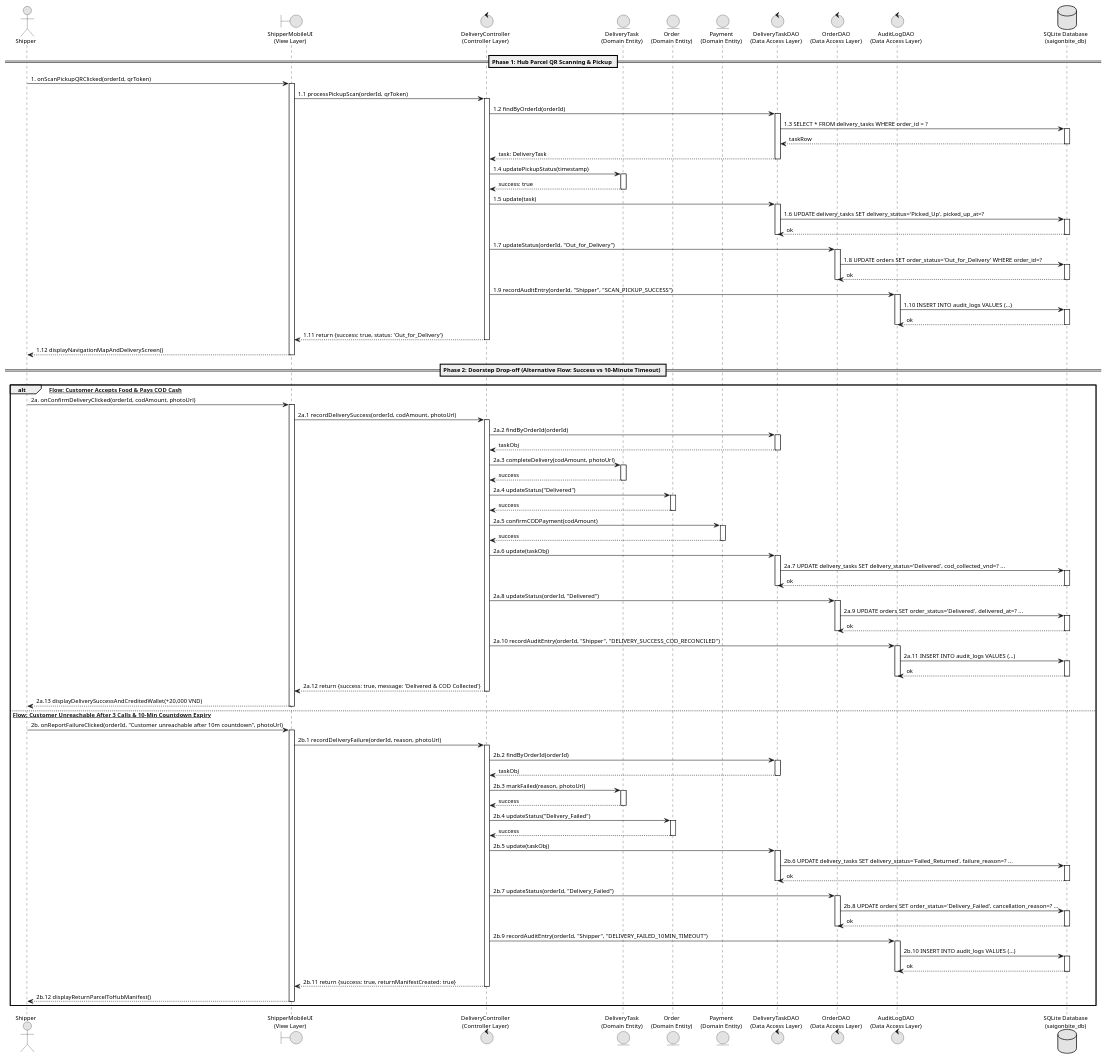
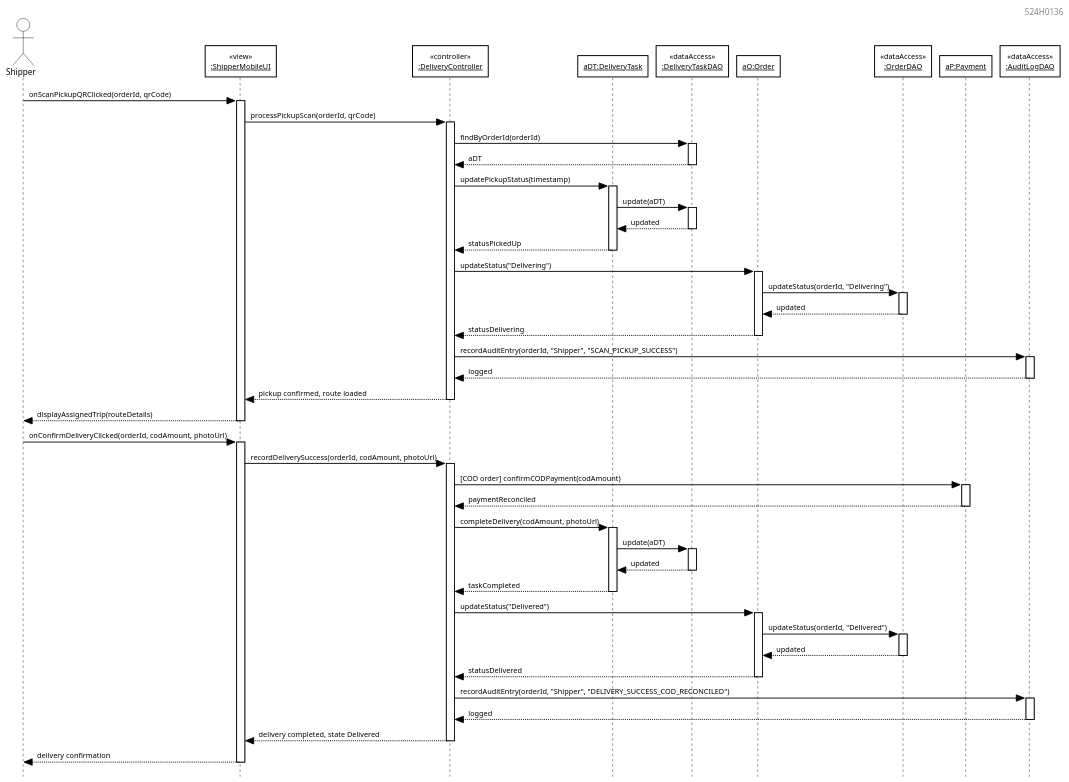
The diagram in Part_3/models/UC10_Modified_Sequence_Diagram.puml (DoQuocTrung06/SaigonBite-RAD-TeamF10), drawn with PlantUML before and after one commit. The commit also changed 51 other files, not shown here.

Commit message:
feat(part3): complete UC3 & UC14 4-layer C# implementation, models, UI prototypes, test suite and Part 3 report (524H0031)

```diff
--- a/Part_3/models/UC10_Modified_Sequence_Diagram.puml
+++ b/Part_3/models/UC10_Modified_Sequence_Diagram.puml
@@ -1,180 +1,104 @@
-@startuml Figure_4_3_2_UC10_Modified_Sequence_Diagram
-skinparam backgroundColor #FFFFFF
-skinparam handwritten false
+@startuml
+skinparam style strictuml
 skinparam monochrome true
 skinparam shadowing false
-skinparam defaultFontName "Calibri"
-skinparam defaultFontSize 11
-skinparam defaultFontColor #000000
-skinparam linetype ortho
-skinparam roundCorner 0
-hide circle
+skinparam backgroundColor #FFFFFF
+skinparam defaultFontName Arial
+skinparam defaultFontSize 10
+skinparam roundcorner 0
+skinparam dpi 150
+hide footbox
 
-actor "Shipper" as S
-boundary "ShipperMobileUI\n(View Layer)" as UI
-control "DeliveryController\n(Controller Layer)" as Ctrl
-entity "DeliveryTask\n(Domain Entity)" as Task
-entity "Order\n(Domain Entity)" as Ord
-entity "Payment\n(Domain Entity)" as Pay
-control "DeliveryTaskDAO\n(Data Access Layer)" as TaskDAO
-control "OrderDAO\n(Data Access Layer)" as OrderDAO
-control "AuditLogDAO\n(Data Access Layer)" as AuditDAO
-database "SQLite Database\n(saigonbite_db)" as DB
+skinparam SequenceLifeLineBorderColor #000000
+skinparam SequenceLifeLineBackgroundColor #FFFFFF
+skinparam ParticipantBackgroundColor #FFFFFF
+skinparam ParticipantBorderColor #000000
+skinparam ParticipantBorderThickness 1.2
+skinparam ParticipantFontColor #000000
+skinparam ParticipantFontSize 9
+skinparam ActorBackgroundColor #FFFFFF
+skinparam ActorBorderColor #000000
+skinparam ActorFontColor #000000
+skinparam ArrowColor #000000
+skinparam ArrowThickness 1.1
+skinparam ArrowFontColor #000000
+skinparam ArrowFontSize 9
 
-== Phase 1: Hub Parcel QR Scanning & Pickup ==
-S -> UI: 1. onScanPickupQRClicked(orderId, qrToken)
+right header 524H0136
+
+actor "Shipper" as Shipper
+participant "<<view>>\n__:ShipperMobileUI__" as UI
+participant "<<controller>>\n__:DeliveryController__" as Ctrl
+participant "__aDT:DeliveryTask__" as Task
+participant "<<dataAccess>>\n__:DeliveryTaskDAO__" as TaskDAO
+participant "__aO:Order__" as Ord
+participant "<<dataAccess>>\n__:OrderDAO__" as OrderDAO
+participant "__aP:Payment__" as Pay
+participant "<<dataAccess>>\n__:AuditLogDAO__" as AuditDAO
+
+Shipper -> UI: onScanPickupQRClicked(orderId, qrCode)
 activate UI
-UI -> Ctrl: 1.1 processPickupScan(orderId, qrToken)
+UI -> Ctrl: processPickupScan(orderId, qrCode)
 activate Ctrl
-
-Ctrl -> TaskDAO: 1.2 findByOrderId(orderId)
+Ctrl -> TaskDAO: findByOrderId(orderId)
 activate TaskDAO
-TaskDAO -> DB: 1.3 SELECT * FROM delivery_tasks WHERE order_id = ?
-activate DB
-DB --> TaskDAO: taskRow
-deactivate DB
-TaskDAO --> Ctrl: task: DeliveryTask
+TaskDAO --> Ctrl: aDT
 deactivate TaskDAO
-
-Ctrl -> Task: 1.4 updatePickupStatus(timestamp)
+Ctrl -> Task: updatePickupStatus(timestamp)
 activate Task
-Task --> Ctrl: success: true
+Task -> TaskDAO: update(aDT)
+activate TaskDAO
+TaskDAO --> Task: updated
+deactivate TaskDAO
+Task --> Ctrl: statusPickedUp
 deactivate Task
-
-Ctrl -> TaskDAO: 1.5 update(task)
-activate TaskDAO
-TaskDAO -> DB: 1.6 UPDATE delivery_tasks SET delivery_status='Picked_Up', picked_up_at=?
-activate DB
-DB --> TaskDAO: ok
-deactivate DB
-deactivate TaskDAO
-
-Ctrl -> OrderDAO: 1.7 updateStatus(orderId, "Out_for_Delivery")
+Ctrl -> Ord: updateStatus("Delivering")
+activate Ord
+Ord -> OrderDAO: updateStatus(orderId, "Delivering")
 activate OrderDAO
-OrderDAO -> DB: 1.8 UPDATE orders SET order_status='Out_for_Delivery' WHERE order_id=?
-activate DB
-DB --> OrderDAO: ok
-deactivate DB
+OrderDAO --> Ord: updated
 deactivate OrderDAO
-
-Ctrl -> AuditDAO: 1.9 recordAuditEntry(orderId, "Shipper", "SCAN_PICKUP_SUCCESS")
+Ord --> Ctrl: statusDelivering
+deactivate Ord
+Ctrl -> AuditDAO: recordAuditEntry(orderId, "Shipper", "SCAN_PICKUP_SUCCESS")
 activate AuditDAO
-AuditDAO -> DB: 1.10 INSERT INTO audit_logs VALUES (...)
-activate DB
-DB --> AuditDAO: ok
-deactivate DB
+AuditDAO --> Ctrl: logged
 deactivate AuditDAO
-
-Ctrl --> UI: 1.11 return {success: true, status: 'Out_for_Delivery'}
+Ctrl --> UI: pickup confirmed, route loaded
 deactivate Ctrl
-UI --> S: 1.12 displayNavigationMapAndDeliveryScreen()
+UI --> Shipper: displayAssignedTrip(routeDetails)
 deactivate UI
 
-== Phase 2: Doorstep Drop-off (Alternative Flow: Success vs 10-Minute Timeout) ==
-alt [Normal Flow: Customer Accepts Food & Pays COD Cash]
-    S -> UI: 2a. onConfirmDeliveryClicked(orderId, codAmount, photoUrl)
-    activate UI
-    UI -> Ctrl: 2a.1 recordDeliverySuccess(orderId, codAmount, photoUrl)
-    activate Ctrl
-
-    Ctrl -> TaskDAO: 2a.2 findByOrderId(orderId)
-    activate TaskDAO
-    TaskDAO --> Ctrl: taskObj
-    deactivate TaskDAO
-
-    Ctrl -> Task: 2a.3 completeDelivery(codAmount, photoUrl)
-    activate Task
-    Task --> Ctrl: success
-    deactivate Task
-
-    Ctrl -> Ord: 2a.4 updateStatus("Delivered")
-    activate Ord
-    Ord --> Ctrl: success
-    deactivate Ord
-
-    Ctrl -> Pay: 2a.5 confirmCODPayment(codAmount)
-    activate Pay
-    Pay --> Ctrl: success
-    deactivate Pay
-
-    Ctrl -> TaskDAO: 2a.6 update(taskObj)
-    activate TaskDAO
-    TaskDAO -> DB: 2a.7 UPDATE delivery_tasks SET delivery_status='Delivered', cod_collected_vnd=? ...
-    activate DB
-    DB --> TaskDAO: ok
-    deactivate DB
-    deactivate TaskDAO
-
-    Ctrl -> OrderDAO: 2a.8 updateStatus(orderId, "Delivered")
-    activate OrderDAO
-    OrderDAO -> DB: 2a.9 UPDATE orders SET order_status='Delivered', delivered_at=? ...
-    activate DB
-    DB --> OrderDAO: ok
-    deactivate DB
-    deactivate OrderDAO
-
-    Ctrl -> AuditDAO: 2a.10 recordAuditEntry(orderId, "Shipper", "DELIVERY_SUCCESS_COD_RECONCILED")
-    activate AuditDAO
-    AuditDAO -> DB: 2a.11 INSERT INTO audit_logs VALUES (...)
-    activate DB
-    DB --> AuditDAO: ok
-    deactivate DB
-    deactivate AuditDAO
-
-    Ctrl --> UI: 2a.12 return {success: true, message: 'Delivered & COD Collected'}
-    deactivate Ctrl
-    UI --> S: 2a.13 displayDeliverySuccessAndCreditedWallet(+20,000 VND)
-    deactivate UI
-
-else [Exception Flow: Customer Unreachable After 3 Calls & 10-Min Countdown Expiry]
-    S -> UI: 2b. onReportFailureClicked(orderId, "Customer unreachable after 10m countdown", photoUrl)
-    activate UI
-    UI -> Ctrl: 2b.1 recordDeliveryFailure(orderId, reason, photoUrl)
-    activate Ctrl
-
-    Ctrl -> TaskDAO: 2b.2 findByOrderId(orderId)
-    activate TaskDAO
-    TaskDAO --> Ctrl: taskObj
-    deactivate TaskDAO
-
-    Ctrl -> Task: 2b.3 markFailed(reason, photoUrl)
-    activate Task
-    Task --> Ctrl: success
-    deactivate Task
-
-    Ctrl -> Ord: 2b.4 updateStatus("Delivery_Failed")
-    activate Ord
-    Ord --> Ctrl: success
-    deactivate Ord
-
-    Ctrl -> TaskDAO: 2b.5 update(taskObj)
-    activate TaskDAO
-    TaskDAO -> DB: 2b.6 UPDATE delivery_tasks SET delivery_status='Failed_Returned', failure_reason=? ...
-    activate DB
-    DB --> TaskDAO: ok
-    deactivate DB
-    deactivate TaskDAO
-
-    Ctrl -> OrderDAO: 2b.7 updateStatus(orderId, "Delivery_Failed")
-    activate OrderDAO
-    OrderDAO -> DB: 2b.8 UPDATE orders SET order_status='Delivery_Failed', cancellation_reason=? ...
-    activate DB
-    DB --> OrderDAO: ok
-    deactivate DB
-    deactivate OrderDAO
-
-    Ctrl -> AuditDAO: 2b.9 recordAuditEntry(orderId, "Shipper", "DELIVERY_FAILED_10MIN_TIMEOUT")
-    activate AuditDAO
-    AuditDAO -> DB: 2b.10 INSERT INTO audit_logs VALUES (...)
-    activate DB
-    DB --> AuditDAO: ok
-    deactivate DB
-    deactivate AuditDAO
-
-    Ctrl --> UI: 2b.11 return {success: true, returnManifestCreated: true}
-    deactivate Ctrl
-    UI --> S: 2b.12 displayReturnParcelToHubManifest()
-    deactivate UI
-end
-
+Shipper -> UI: onConfirmDeliveryClicked(orderId, codAmount, photoUrl)
+activate UI
+UI -> Ctrl: recordDeliverySuccess(orderId, codAmount, photoUrl)
+activate Ctrl
+Ctrl -> Pay: [COD order] confirmCODPayment(codAmount)
+activate Pay
+Pay --> Ctrl: paymentReconciled
+deactivate Pay
+Ctrl -> Task: completeDelivery(codAmount, photoUrl)
+activate Task
+Task -> TaskDAO: update(aDT)
+activate TaskDAO
+TaskDAO --> Task: updated
+deactivate TaskDAO
+Task --> Ctrl: taskCompleted
+deactivate Task
+Ctrl -> Ord: updateStatus("Delivered")
+activate Ord
+Ord -> OrderDAO: updateStatus(orderId, "Delivered")
+activate OrderDAO
+OrderDAO --> Ord: updated
+deactivate OrderDAO
+Ord --> Ctrl: statusDelivered
+deactivate Ord
+Ctrl -> AuditDAO: recordAuditEntry(orderId, "Shipper", "DELIVERY_SUCCESS_COD_RECONCILED")
+activate AuditDAO
+AuditDAO --> Ctrl: logged
+deactivate AuditDAO
+Ctrl --> UI: delivery completed, state Delivered
+deactivate Ctrl
+UI --> Shipper: delivery confirmation
+deactivate UI
 @enduml
```
